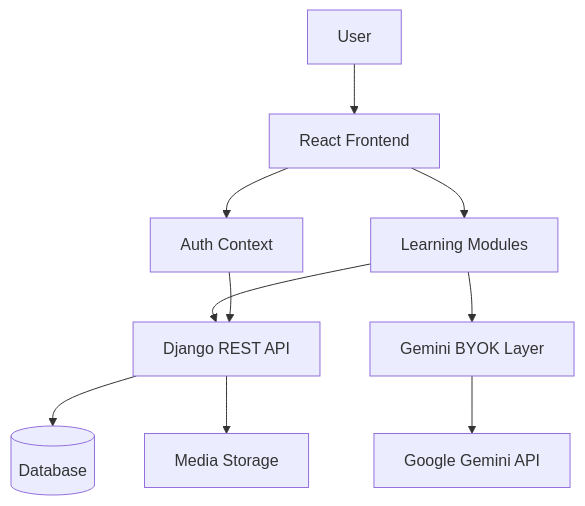
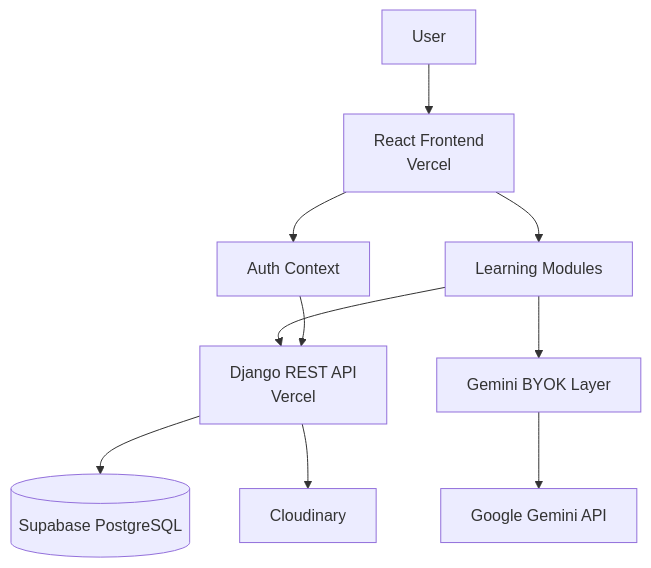
One commit to Mridul-23/ProLearn changed the diagram in README.md. Above: the diagram before and after it, drawn with Mermaid. The commit also changed other lines of this file and 4 other files, not shown here.

````diff
--- a/README.md
+++ b/README.md
@@ -62,28 +93,28 @@
 ```mermaid
 flowchart TD
     U[User]
 
-    FE[React Frontend]
+    FE[React Frontend<br/>Vercel]
     AUTH[Auth Context]
     GEM[Gemini BYOK Layer]
     UI[Learning Modules]
 
-    API[Django REST API]
-    DB[(Database)]
-    MEDIA[Media Storage]
+    API[Django REST API<br/>Vercel]
+    DB[(Supabase PostgreSQL)]
+    MEDIA[Cloudinary]
 
     G[Google Gemini API]
 
     U --> FE
     FE --> AUTH
     FE --> UI
 
     UI --> GEM
     GEM --> G
 
     UI --> API
     API --> DB
     API --> MEDIA
 
     AUTH --> API
 ```
````
